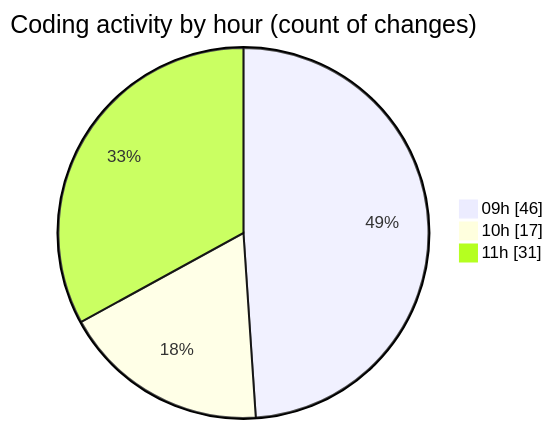
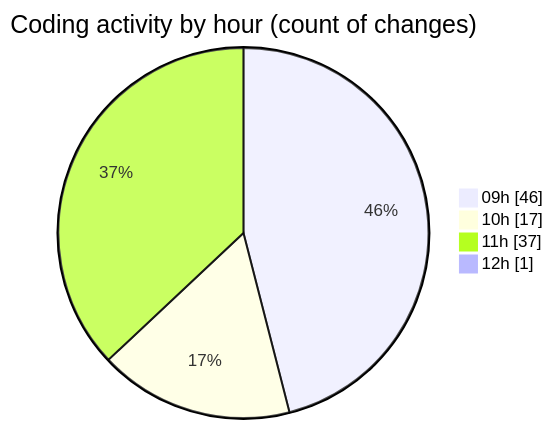
One commit to momahboobian/code-tracking changed the second of 2 diagrams in 2025-03-25/cda/README.md. Above: the diagram before and after it, drawn with Mermaid. The commit also changed other lines of this file and 1 other file, not shown here.

````diff
--- a/2025-03-25/cda/README.md
+++ b/2025-03-25/cda/README.md
@@ -50,7 +50,8 @@
 ```mermaid
 pie showData
 title Coding activity by hour (count of changes)
 "09h" : 46
 "10h" : 17
-"11h" : 31
+"11h" : 37
+"12h" : 1
 ```
````
